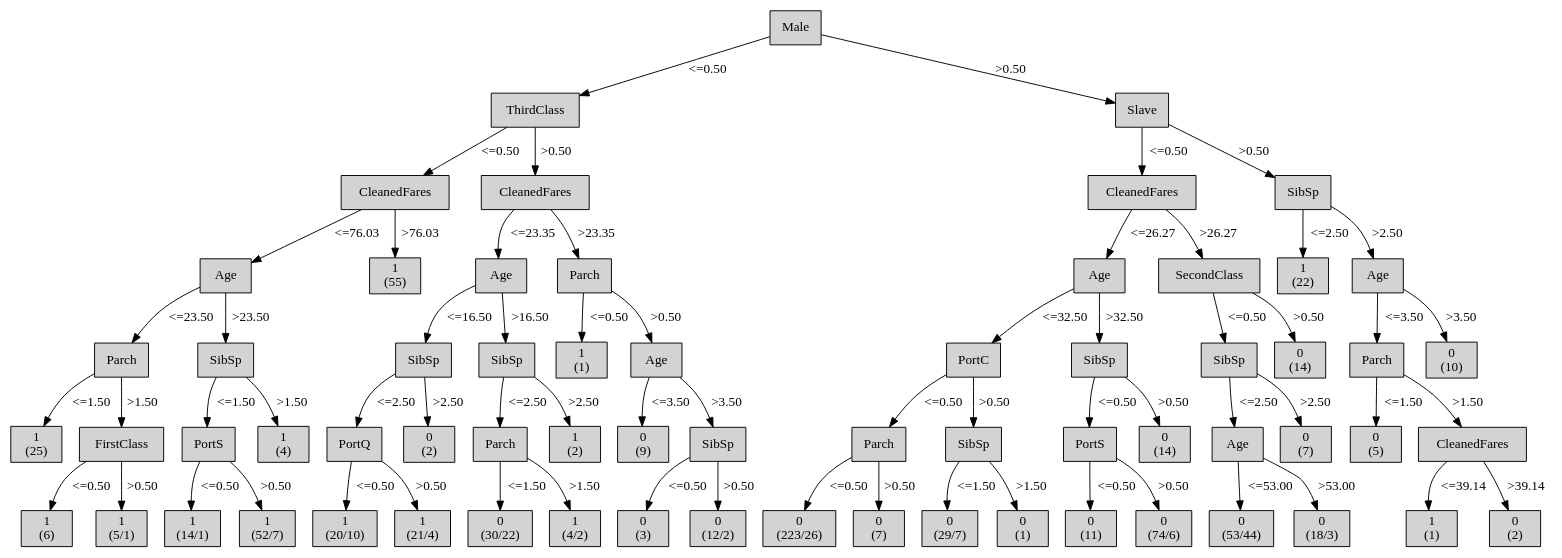
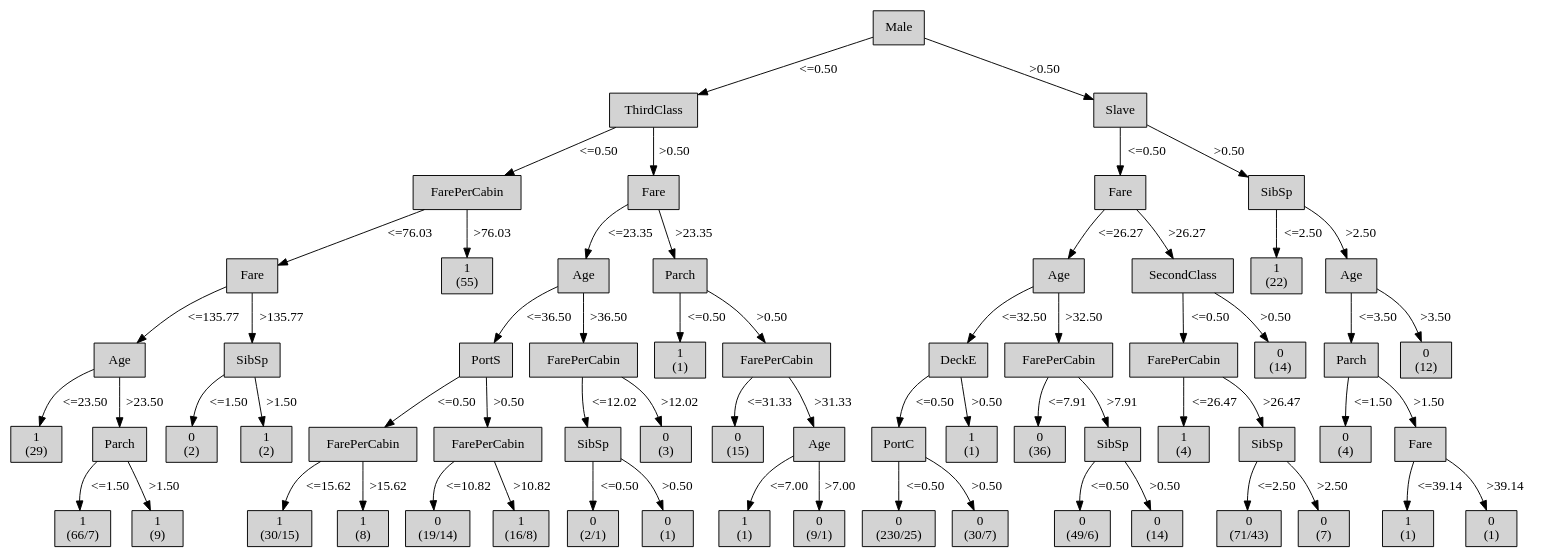
Before and after one commit to mklb/BI-Python3: the diagram in output/tree-generator-6/tree.dot, drawn with Graphviz. The commit also changed 13 other files, not shown here.

```diff
--- a/output/tree-generator-6/tree.dot
+++ b/output/tree-generator-6/tree.dot
@@ -4,233 +4,226 @@
 "1" [shape=box, style=filled, label="ThirdClass
 ", weight=2]
 0 -> 1 [ label = "<=0.50"];
-"2" [shape=box, style=filled, label="CleanedFares
+"2" [shape=box, style=filled, label="FarePerCabin
 ", weight=3]
 1 -> 2 [ label = "<=0.50"];
-"3" [shape=box, style=filled, label="Age
+"3" [shape=box, style=filled, label="Fare
 ", weight=4]
 2 -> 3 [ label = "<=76.03"];
-"4" [shape=box, style=filled, label="Parch
+"4" [shape=box, style=filled, label="Age
 ", weight=5]
-3 -> 4 [ label = "<=23.50"];
+3 -> 4 [ label = "<=135.77"];
 "5" [shape=box, style=filled, label="1
-(25)
+(29)
 ", weight=6]
-4 -> 5 [ label = "<=1.50"];
-"6" [shape=box, style=filled, label="FirstClass
+4 -> 5 [ label = "<=23.50"];
+"6" [shape=box, style=filled, label="Parch
 ", weight=6]
-4 -> 6 [ label = ">1.50"];
+4 -> 6 [ label = ">23.50"];
 "7" [shape=box, style=filled, label="1
-(6)
+(66/7)
 ", weight=7]
-6 -> 7 [ label = "<=0.50"];
+6 -> 7 [ label = "<=1.50"];
 "8" [shape=box, style=filled, label="1
-(5/1)
+(9)
 ", weight=7]
-6 -> 8 [ label = ">0.50"];
+6 -> 8 [ label = ">1.50"];
 "9" [shape=box, style=filled, label="SibSp
 ", weight=5]
-3 -> 9 [ label = ">23.50"];
-"10" [shape=box, style=filled, label="PortS
+3 -> 9 [ label = ">135.77"];
+"10" [shape=box, style=filled, label="0
+(2)
 ", weight=6]
 9 -> 10 [ label = "<=1.50"];
 "11" [shape=box, style=filled, label="1
-(14/1)
-", weight=7]
-10 -> 11 [ label = "<=0.50"];
+(2)
+", weight=6]
+9 -> 11 [ label = ">1.50"];
 "12" [shape=box, style=filled, label="1
-(52/7)
-", weight=7]
-10 -> 12 [ label = ">0.50"];
-"13" [shape=box, style=filled, label="1
-(4)
-", weight=6]
-9 -> 13 [ label = ">1.50"];
-"14" [shape=box, style=filled, label="1
 (55)
 ", weight=4]
-2 -> 14 [ label = ">76.03"];
-"15" [shape=box, style=filled, label="CleanedFares
+2 -> 12 [ label = ">76.03"];
+"13" [shape=box, style=filled, label="Fare
 ", weight=3]
-1 -> 15 [ label = ">0.50"];
-"16" [shape=box, style=filled, label="Age
+1 -> 13 [ label = ">0.50"];
+"14" [shape=box, style=filled, label="Age
 ", weight=4]
-15 -> 16 [ label = "<=23.35"];
-"17" [shape=box, style=filled, label="SibSp
+13 -> 14 [ label = "<=23.35"];
+"15" [shape=box, style=filled, label="PortS
 ", weight=5]
-16 -> 17 [ label = "<=16.50"];
-"18" [shape=box, style=filled, label="PortQ
+14 -> 15 [ label = "<=36.50"];
+"16" [shape=box, style=filled, label="FarePerCabin
 ", weight=6]
-17 -> 18 [ label = "<=2.50"];
-"19" [shape=box, style=filled, label="1
-(20/10)
+15 -> 16 [ label = "<=0.50"];
+"17" [shape=box, style=filled, label="1
+(30/15)
 ", weight=7]
-18 -> 19 [ label = "<=0.50"];
-"20" [shape=box, style=filled, label="1
-(21/4)
+16 -> 17 [ label = "<=15.62"];
+"18" [shape=box, style=filled, label="1
+(8)
 ", weight=7]
-18 -> 20 [ label = ">0.50"];
-"21" [shape=box, style=filled, label="0
-(2)
+16 -> 18 [ label = ">15.62"];
+"19" [shape=box, style=filled, label="FarePerCabin
 ", weight=6]
-17 -> 21 [ label = ">2.50"];
-"22" [shape=box, style=filled, label="SibSp
+15 -> 19 [ label = ">0.50"];
+"20" [shape=box, style=filled, label="0
+(19/14)
+", weight=7]
+19 -> 20 [ label = "<=10.82"];
+"21" [shape=box, style=filled, label="1
+(16/8)
+", weight=7]
+19 -> 21 [ label = ">10.82"];
+"22" [shape=box, style=filled, label="FarePerCabin
 ", weight=5]
-16 -> 22 [ label = ">16.50"];
-"23" [shape=box, style=filled, label="Parch
+14 -> 22 [ label = ">36.50"];
+"23" [shape=box, style=filled, label="SibSp
 ", weight=6]
-22 -> 23 [ label = "<=2.50"];
+22 -> 23 [ label = "<=12.02"];
 "24" [shape=box, style=filled, label="0
-(30/22)
+(2/1)
 ", weight=7]
-23 -> 24 [ label = "<=1.50"];
-"25" [shape=box, style=filled, label="1
-(4/2)
+23 -> 24 [ label = "<=0.50"];
+"25" [shape=box, style=filled, label="0
+(1)
 ", weight=7]
-23 -> 25 [ label = ">1.50"];
-"26" [shape=box, style=filled, label="1
-(2)
+23 -> 25 [ label = ">0.50"];
+"26" [shape=box, style=filled, label="0
+(3)
 ", weight=6]
-22 -> 26 [ label = ">2.50"];
+22 -> 26 [ label = ">12.02"];
 "27" [shape=box, style=filled, label="Parch
 ", weight=4]
-15 -> 27 [ label = ">23.35"];
+13 -> 27 [ label = ">23.35"];
 "28" [shape=box, style=filled, label="1
 (1)
 ", weight=5]
 27 -> 28 [ label = "<=0.50"];
-"29" [shape=box, style=filled, label="Age
+"29" [shape=box, style=filled, label="FarePerCabin
 ", weight=5]
 27 -> 29 [ label = ">0.50"];
 "30" [shape=box, style=filled, label="0
-(9)
+(15)
 ", weight=6]
-29 -> 30 [ label = "<=3.50"];
-"31" [shape=box, style=filled, label="SibSp
+29 -> 30 [ label = "<=31.33"];
+"31" [shape=box, style=filled, label="Age
 ", weight=6]
-29 -> 31 [ label = ">3.50"];
-"32" [shape=box, style=filled, label="0
-(3)
+29 -> 31 [ label = ">31.33"];
+"32" [shape=box, style=filled, label="1
+(1)
 ", weight=7]
-31 -> 32 [ label = "<=0.50"];
+31 -> 32 [ label = "<=7.00"];
 "33" [shape=box, style=filled, label="0
-(12/2)
+(9/1)
 ", weight=7]
-31 -> 33 [ label = ">0.50"];
+31 -> 33 [ label = ">7.00"];
 "34" [shape=box, style=filled, label="Slave
 ", weight=2]
 0 -> 34 [ label = ">0.50"];
-"35" [shape=box, style=filled, label="CleanedFares
+"35" [shape=box, style=filled, label="Fare
 ", weight=3]
 34 -> 35 [ label = "<=0.50"];
 "36" [shape=box, style=filled, label="Age
 ", weight=4]
 35 -> 36 [ label = "<=26.27"];
-"37" [shape=box, style=filled, label="PortC
+"37" [shape=box, style=filled, label="DeckE
 ", weight=5]
 36 -> 37 [ label = "<=32.50"];
-"38" [shape=box, style=filled, label="Parch
+"38" [shape=box, style=filled, label="PortC
 ", weight=6]
 37 -> 38 [ label = "<=0.50"];
 "39" [shape=box, style=filled, label="0
-(223/26)
+(230/25)
 ", weight=7]
 38 -> 39 [ label = "<=0.50"];
 "40" [shape=box, style=filled, label="0
+(30/7)
+", weight=7]
+38 -> 40 [ label = ">0.50"];
+"41" [shape=box, style=filled, label="1
+(1)
+", weight=6]
+37 -> 41 [ label = ">0.50"];
+"42" [shape=box, style=filled, label="FarePerCabin
+", weight=5]
+36 -> 42 [ label = ">32.50"];
+"43" [shape=box, style=filled, label="0
+(36)
+", weight=6]
+42 -> 43 [ label = "<=7.91"];
+"44" [shape=box, style=filled, label="SibSp
+", weight=6]
+42 -> 44 [ label = ">7.91"];
+"45" [shape=box, style=filled, label="0
+(49/6)
+", weight=7]
+44 -> 45 [ label = "<=0.50"];
+"46" [shape=box, style=filled, label="0
+(14)
+", weight=7]
+44 -> 46 [ label = ">0.50"];
+"47" [shape=box, style=filled, label="SecondClass
+", weight=4]
+35 -> 47 [ label = ">26.27"];
+"48" [shape=box, style=filled, label="FarePerCabin
+", weight=5]
+47 -> 48 [ label = "<=0.50"];
+"49" [shape=box, style=filled, label="1
+(4)
+", weight=6]
+48 -> 49 [ label = "<=26.47"];
+"50" [shape=box, style=filled, label="SibSp
+", weight=6]
+48 -> 50 [ label = ">26.47"];
+"51" [shape=box, style=filled, label="0
+(71/43)
+", weight=7]
+50 -> 51 [ label = "<=2.50"];
+"52" [shape=box, style=filled, label="0
 (7)
 ", weight=7]
-38 -> 40 [ label = ">0.50"];
-"41" [shape=box, style=filled, label="SibSp
+50 -> 52 [ label = ">2.50"];
+"53" [shape=box, style=filled, label="0
+(14)
+", weight=5]
+47 -> 53 [ label = ">0.50"];
+"54" [shape=box, style=filled, label="SibSp
+", weight=3]
+34 -> 54 [ label = ">0.50"];
+"55" [shape=box, style=filled, label="1
+(22)
+", weight=4]
+54 -> 55 [ label = "<=2.50"];
+"56" [shape=box, style=filled, label="Age
+", weight=4]
+54 -> 56 [ label = ">2.50"];
+"57" [shape=box, style=filled, label="Parch
+", weight=5]
+56 -> 57 [ label = "<=3.50"];
+"58" [shape=box, style=filled, label="0
+(4)
 ", weight=6]
-37 -> 41 [ label = ">0.50"];
-"42" [shape=box, style=filled, label="0
-(29/7)
-", weight=7]
-41 -> 42 [ label = "<=1.50"];
-"43" [shape=box, style=filled, label="0
+57 -> 58 [ label = "<=1.50"];
+"59" [shape=box, style=filled, label="Fare
+", weight=6]
+57 -> 59 [ label = ">1.50"];
+"60" [shape=box, style=filled, label="1
 (1)
 ", weight=7]
-41 -> 43 [ label = ">1.50"];
-"44" [shape=box, style=filled, label="SibSp
-", weight=5]
-36 -> 44 [ label = ">32.50"];
-"45" [shape=box, style=filled, label="PortS
-", weight=6]
-44 -> 45 [ label = "<=0.50"];
-"46" [shape=box, style=filled, label="0
-(11)
-", weight=7]
-45 -> 46 [ label = "<=0.50"];
-"47" [shape=box, style=filled, label="0
-(74/6)
-", weight=7]
-45 -> 47 [ label = ">0.50"];
-"48" [shape=box, style=filled, label="0
-(14)
-", weight=6]
-44 -> 48 [ label = ">0.50"];
-"49" [shape=box, style=filled, label="SecondClass
-", weight=4]
-35 -> 49 [ label = ">26.27"];
-"50" [shape=box, style=filled, label="SibSp
-", weight=5]
-49 -> 50 [ label = "<=0.50"];
-"51" [shape=box, style=filled, label="Age
-", weight=6]
-50 -> 51 [ label = "<=2.50"];
-"52" [shape=box, style=filled, label="0
-(53/44)
-", weight=7]
-51 -> 52 [ label = "<=53.00"];
-"53" [shape=box, style=filled, label="0
-(18/3)
-", weight=7]
-51 -> 53 [ label = ">53.00"];
-"54" [shape=box, style=filled, label="0
-(7)
-", weight=6]
-50 -> 54 [ label = ">2.50"];
-"55" [shape=box, style=filled, label="0
-(14)
-", weight=5]
-49 -> 55 [ label = ">0.50"];
-"56" [shape=box, style=filled, label="SibSp
-", weight=3]
-34 -> 56 [ label = ">0.50"];
-"57" [shape=box, style=filled, label="1
-(22)
-", weight=4]
-56 -> 57 [ label = "<=2.50"];
-"58" [shape=box, style=filled, label="Age
-", weight=4]
-56 -> 58 [ label = ">2.50"];
-"59" [shape=box, style=filled, label="Parch
-", weight=5]
-58 -> 59 [ label = "<=3.50"];
-"60" [shape=box, style=filled, label="0
-(5)
-", weight=6]
-59 -> 60 [ label = "<=1.50"];
-"61" [shape=box, style=filled, label="CleanedFares
-", weight=6]
-59 -> 61 [ label = ">1.50"];
-"62" [shape=box, style=filled, label="1
+59 -> 60 [ label = "<=39.14"];
+"61" [shape=box, style=filled, label="0
 (1)
 ", weight=7]
-61 -> 62 [ label = "<=39.14"];
-"63" [shape=box, style=filled, label="0
-(2)
-", weight=7]
-61 -> 63 [ label = ">39.14"];
-"64" [shape=box, style=filled, label="0
-(10)
+59 -> 61 [ label = ">39.14"];
+"62" [shape=box, style=filled, label="0
+(12)
 ", weight=5]
-58 -> 64 [ label = ">3.50"];
+56 -> 62 [ label = ">3.50"];
 {rank=same; 0;};
 {rank=same; 1;34;};
-{rank=same; 2;15;35;56;};
-{rank=same; 3;14;16;27;36;49;57;58;};
-{rank=same; 4;9;17;22;28;29;37;44;50;55;59;64;};
-{rank=same; 5;6;10;13;18;21;23;26;30;31;38;41;45;48;51;54;60;61;};
-{rank=same; 7;8;11;12;19;20;24;25;32;33;39;40;42;43;46;47;52;53;62;63;};
+{rank=same; 2;13;35;54;};
+{rank=same; 3;12;14;27;36;47;55;56;};
+{rank=same; 4;9;15;22;28;29;37;42;48;53;57;62;};
+{rank=same; 5;6;10;11;16;19;23;26;30;31;38;41;43;44;49;50;58;59;};
+{rank=same; 7;8;17;18;20;21;24;25;32;33;39;40;45;46;51;52;60;61;};
 }
```
